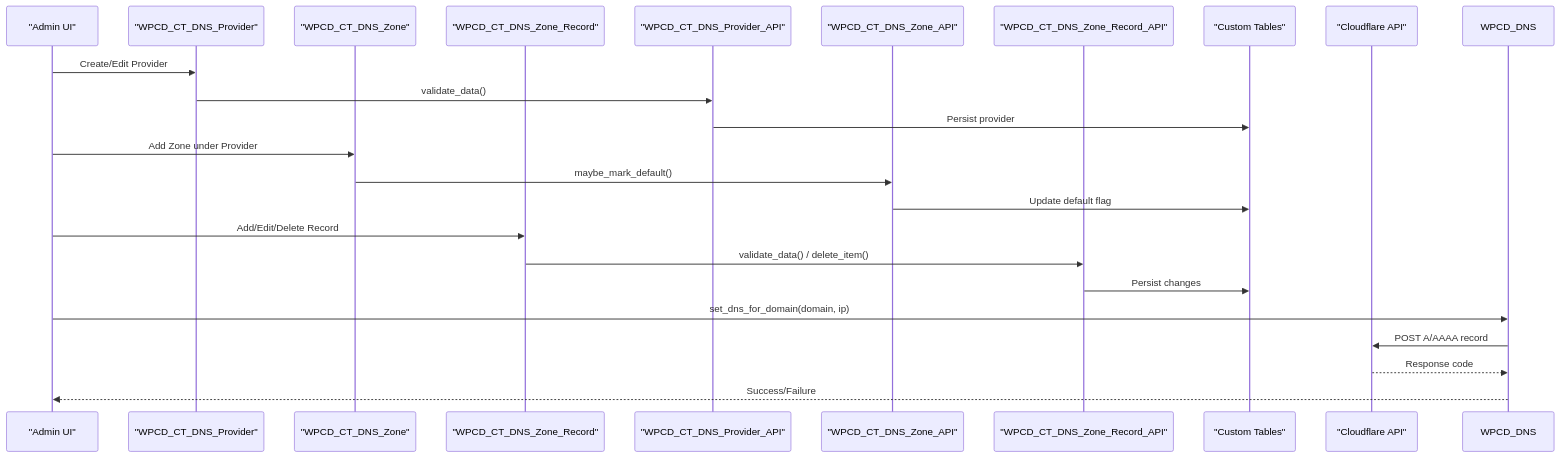
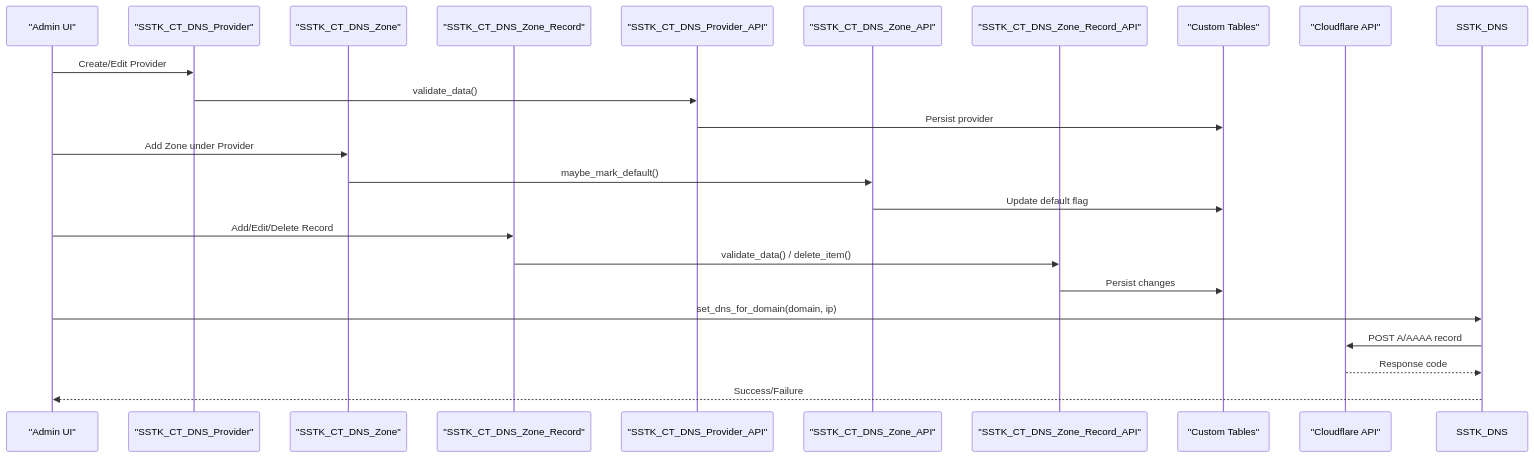
One commit to onedogsolutions/simple-stack changed the second of 7 diagrams in .qoder/repowiki/en/content/Data Management/DNS Data Structures.md. Above: the diagram before and after it, drawn with Mermaid. The commit also changed other lines of this file and 5941 other files, not shown here.

````diff
--- a/.qoder/repowiki/en/content/Data Management/DNS Data Structures.md
+++ b/.qoder/repowiki/en/content/Data Management/DNS Data Structures.md
@@ -115,25 +115,25 @@
 ```mermaid
 sequenceDiagram
 participant Admin as "Admin UI"
-participant ProviderModel as "WPCD_CT_DNS_Provider"
-participant ZoneModel as "WPCD_CT_DNS_Zone"
-participant RecordModel as "WPCD_CT_DNS_Zone_Record"
-participant ProviderAPI as "WPCD_CT_DNS_Provider_API"
-participant ZoneAPI as "WPCD_CT_DNS_Zone_API"
-participant RecordAPI as "WPCD_CT_DNS_Zone_Record_API"
+participant ProviderModel as "SSTK_CT_DNS_Provider"
+participant ZoneModel as "SSTK_CT_DNS_Zone"
+participant RecordModel as "SSTK_CT_DNS_Zone_Record"
+participant ProviderAPI as "SSTK_CT_DNS_Provider_API"
+participant ZoneAPI as "SSTK_CT_DNS_Zone_API"
+participant RecordAPI as "SSTK_CT_DNS_Zone_Record_API"
 participant DB as "Custom Tables"
 participant CF as "Cloudflare API"
 Admin->>ProviderModel : Create/Edit Provider
 ProviderModel->>ProviderAPI : validate_data()
 ProviderAPI->>DB : Persist provider
 Admin->>ZoneModel : Add Zone under Provider
 ZoneModel->>ZoneAPI : maybe_mark_default()
 ZoneAPI->>DB : Update default flag
 Admin->>RecordModel : Add/Edit/Delete Record
 RecordModel->>RecordAPI : validate_data() / delete_item()
 RecordAPI->>DB : Persist changes
-Admin->>WPCD_DNS : set_dns_for_domain(domain, ip)
-WPCD_DNS->>CF : POST A/AAAA record
-CF-->>WPCD_DNS : Response code
-WPCD_DNS-->>Admin : Success/Failure
+Admin->>SSTK_DNS : set_dns_for_domain(domain, ip)
+SSTK_DNS->>CF : POST A/AAAA record
+CF-->>SSTK_DNS : Response code
+SSTK_DNS-->>Admin : Success/Failure
 ```
````
